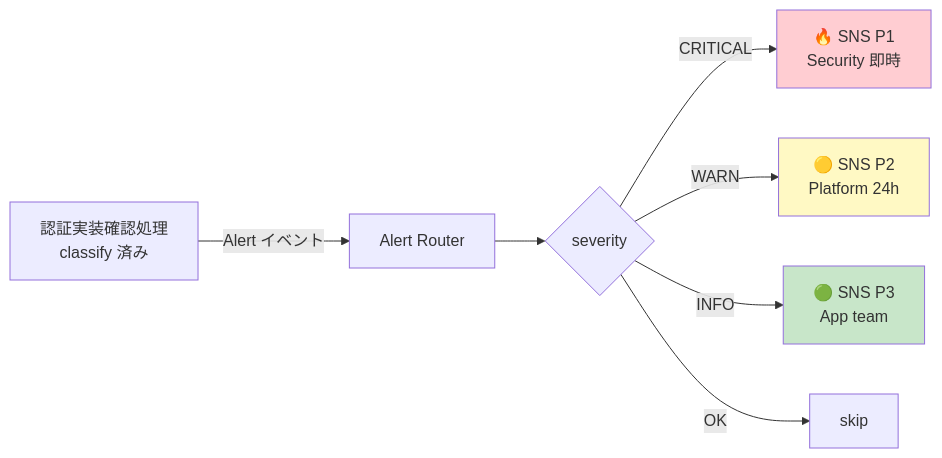
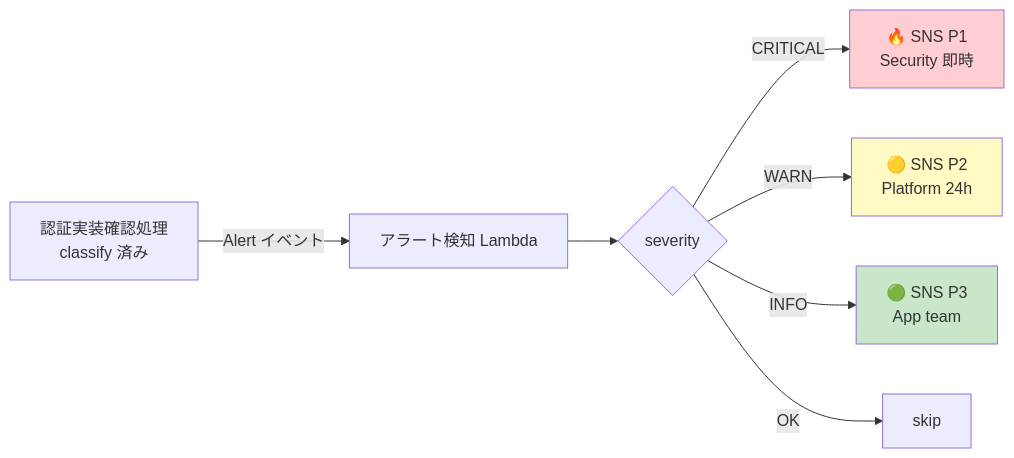
Before and after one commit to suepie/aws-atuh-poc: the first of 2 diagrams in doc/api-platform/basic-design/15-alert-routing-design.md, drawn with Mermaid. The commit also changed other lines of this file and 23 other files, not shown here.

````diff
--- a/doc/api-platform/basic-design/15-alert-routing-design.md
+++ b/doc/api-platform/basic-design/15-alert-routing-design.md
@@ -26,12 +28,12 @@
 ```mermaid
 flowchart LR
-    CC[認証実装確認処理<br/>classify 済み] -->|Alert イベント| AR[Alert Router]
+    CC[認証実装確認処理<br/>classify 済み] -->|Alert イベント| AR[アラート検知 Lambda]
     AR --> D{severity}
     D -->|CRITICAL| P1[🔥 SNS P1<br/>Security 即時]
     D -->|WARN| P2[🟡 SNS P2<br/>Platform 24h]
     D -->|INFO| P3[🟢 SNS P3<br/>App team]
     D -->|OK| SKIP[skip]
     style P1 fill:#ffcdd2
     style P2 fill:#fff9c4
     style P3 fill:#c8e6c9
 ```
````
